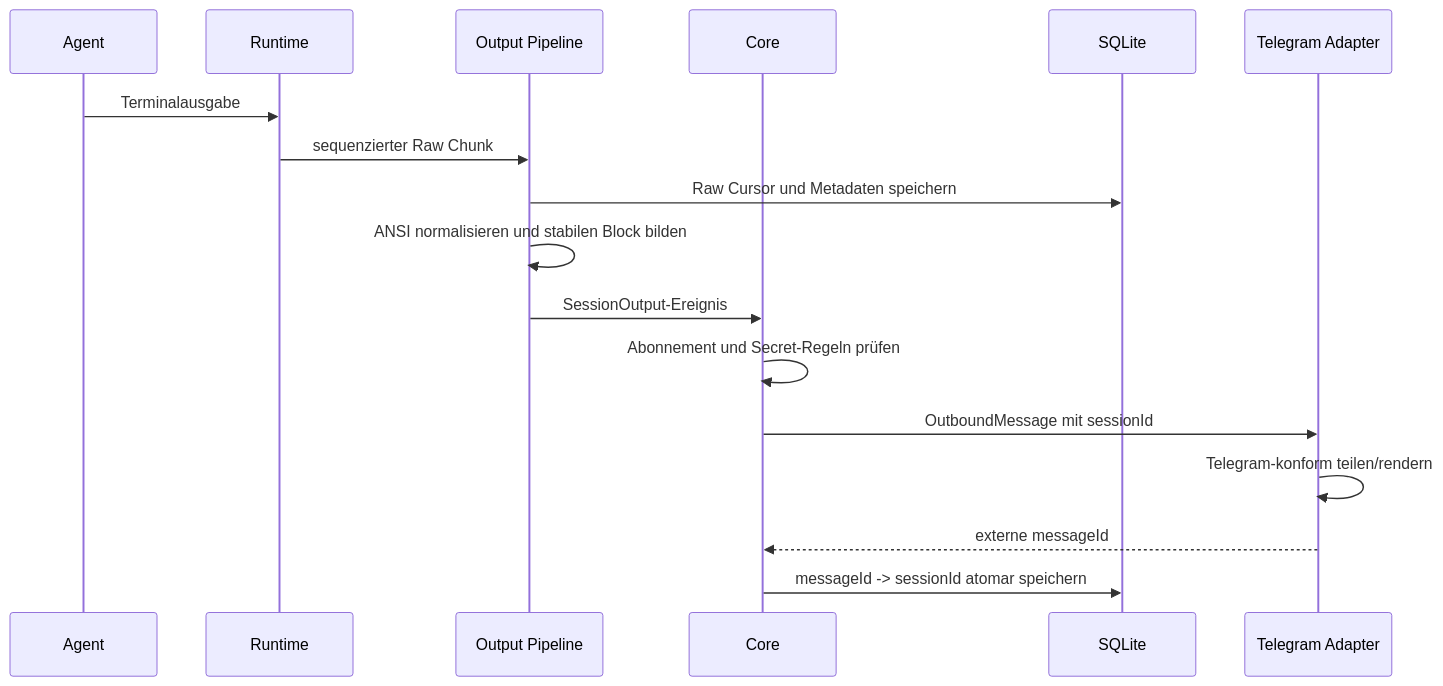
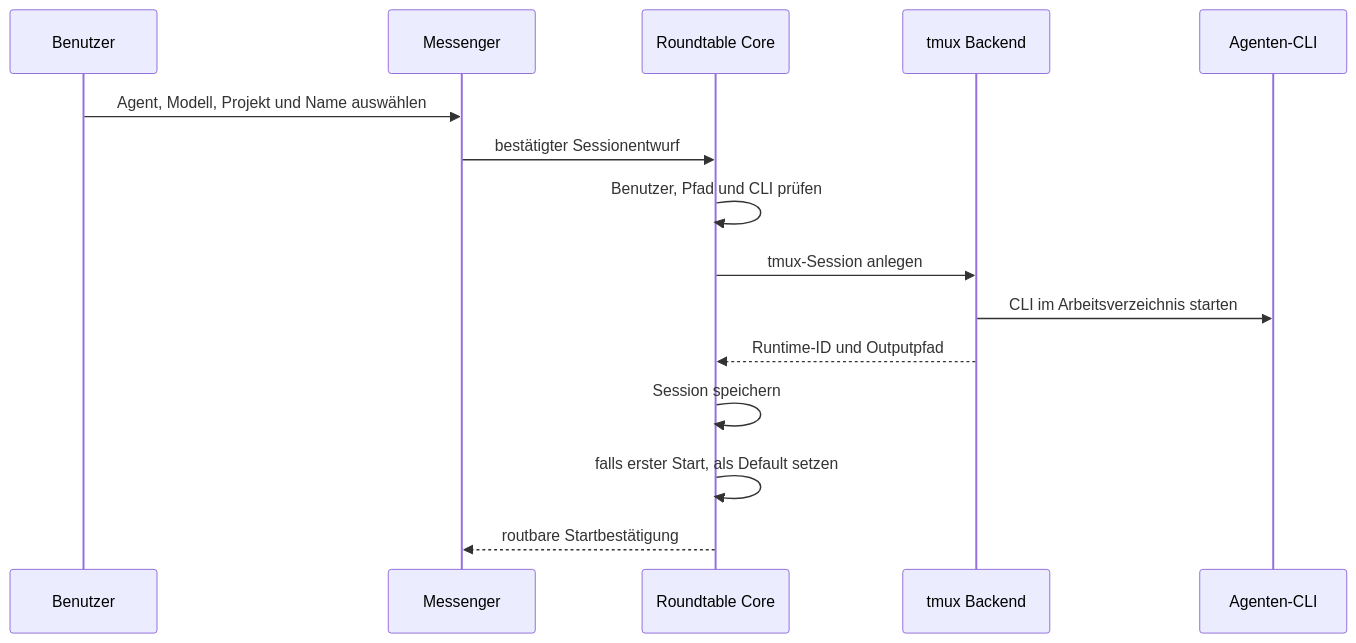
Before and after one commit to rogertobler/roundtable: the second of 4 diagrams in docs/04-architecture.md, drawn with Mermaid. The commit also changed other lines of this file and 12 other files, not shown here.

Commit message:
docs: define native CLI tunnel architecture

````diff
--- a/docs/04-architecture.md
+++ b/docs/04-architecture.md
@@ -282,20 +372,18 @@
 ```mermaid
 sequenceDiagram
-    participant A as Agent
-    participant R as Runtime
-    participant O as Output Pipeline
-    participant C as Core
-    participant D as SQLite
-    participant T as Telegram Adapter
+    participant U as Benutzer
+    participant T as Messenger
+    participant C as Roundtable Core
+    participant B as tmux Backend
+    participant A as Agenten-CLI
 
-    A->>R: Terminalausgabe
-    R->>O: sequenzierter Raw Chunk
-    O->>D: Raw Cursor und Metadaten speichern
-    O->>O: ANSI normalisieren und stabilen Block bilden
-    O->>C: SessionOutput-Ereignis
-    C->>C: Abonnement und Secret-Regeln prüfen
-    C->>T: OutboundMessage mit sessionId
-    T->>T: Telegram-konform teilen/rendern
-    T-->>C: externe messageId
-    C->>D: messageId -> sessionId atomar speichern
+    U->>T: Agent, Modell, Projekt und Name auswählen
+    T->>C: bestätigter Sessionentwurf
+    C->>C: Benutzer, Pfad und CLI prüfen
+    C->>B: tmux-Session anlegen
+    B->>A: CLI im Arbeitsverzeichnis starten
+    B-->>C: Runtime-ID und Outputpfad
+    C->>C: Session speichern
+    C->>C: falls erster Start, als Default setzen
+    C-->>T: routbare Startbestätigung
 ```
````
